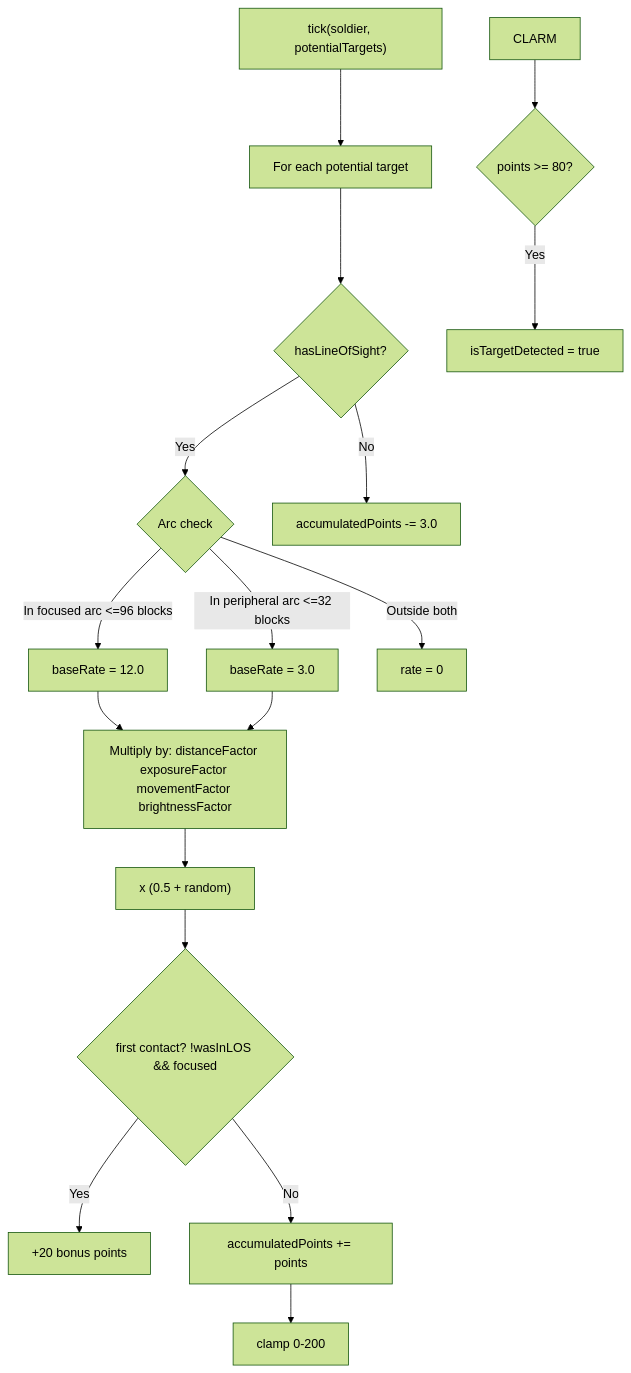
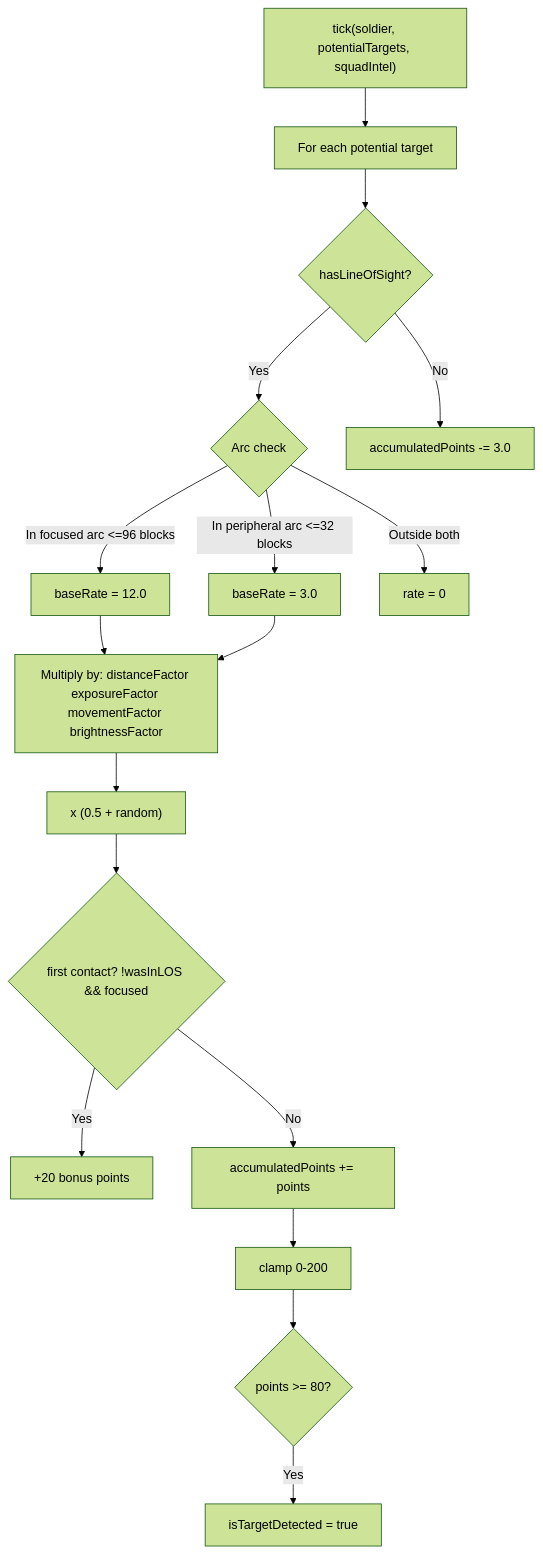
Diagram 18 of 27 in ARCHITECTURE.md (MegiTicky/steves-army), drawn with Mermaid (forest theme) before and after one commit. The commit also changed other lines of this file and 4 other files, not shown here.

Commit message:
Add squad intel and gunshot detection

````diff
--- a/ARCHITECTURE.md
+++ b/ARCHITECTURE.md
@@ -668,19 +670,19 @@
 ```mermaid
 flowchart TD
-    TICK["tick(soldier, potentialTargets)"] --> LOOP[For each potential target]
+    TICK["tick(soldier, potentialTargets, squadIntel)"] --> LOOP[For each potential target]
     LOOP --> LOS{"hasLineOfSight?"}
     LOS -->|Yes| ARC{Arc check}
     ARC -->|In focused arc <=96 blocks| FOCUSED["baseRate = 12.0"]
     ARC -->|In peripheral arc <=32 blocks| PERIPHERAL["baseRate = 3.0"]
     ARC -->|Outside both| SKIP["rate = 0"]
     FOCUSED --> FACTORS["Multiply by: distanceFactor exposureFactor movementFactor brightnessFactor"]
     PERIPHERAL --> FACTORS
     FACTORS --> RANDOM["x (0.5 + random)"]
     RANDOM --> BONUS{"first contact? !wasInLOS && focused"}
     BONUS -->|Yes| ADD["+20 bonus points"]
     BONUS -->|No| ACCUM["accumulatedPoints += points"]
     LOS -->|No| DECAY["accumulatedPoints -= 3.0"]
     ACCUM --> CLAMP[clamp 0-200]
-    CLARM --> CHECK{"points >= 80?"}
+    CLAMP --> CHECK{"points >= 80?"}
     CHECK -->|Yes| DETECTED[isTargetDetected = true]
 ```
````
